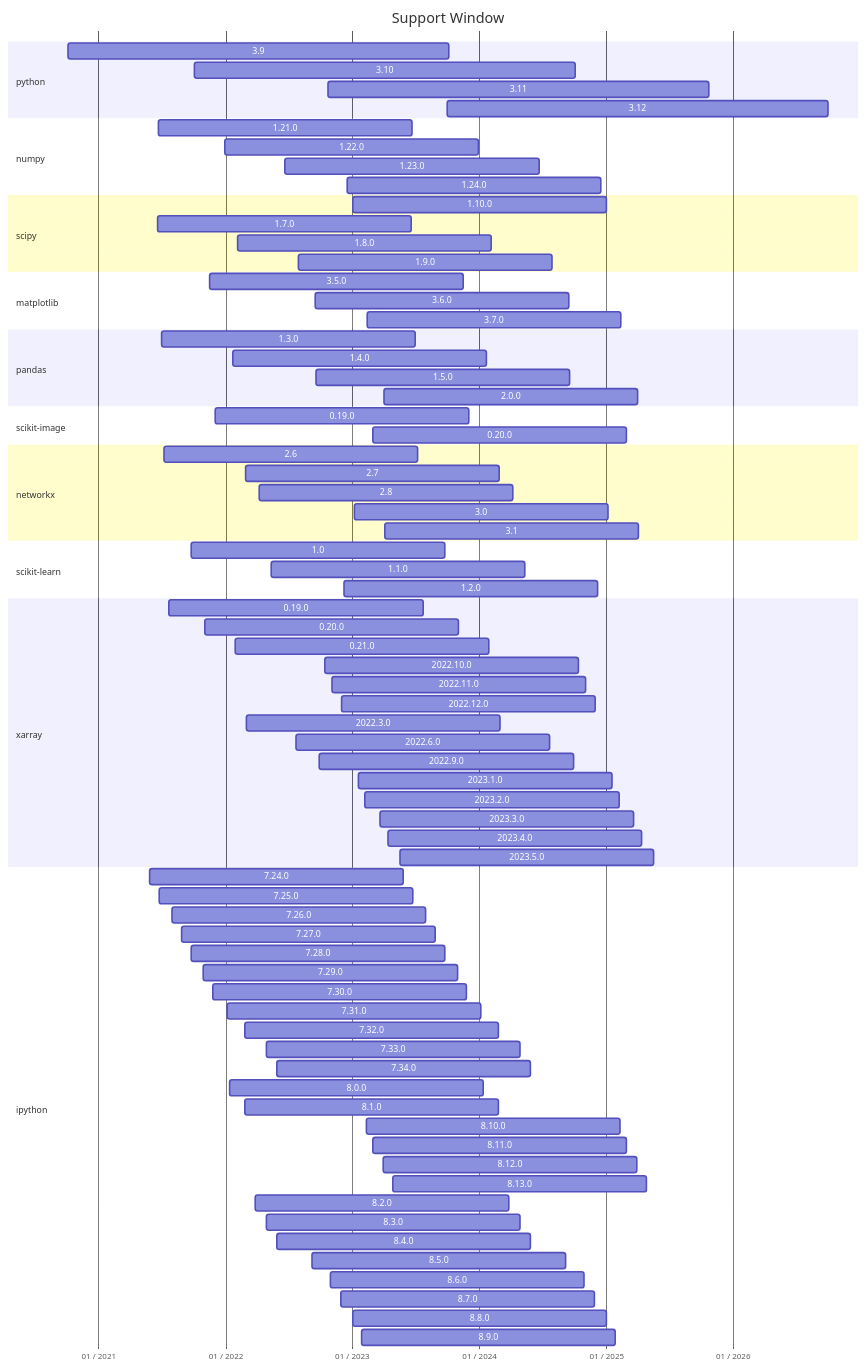
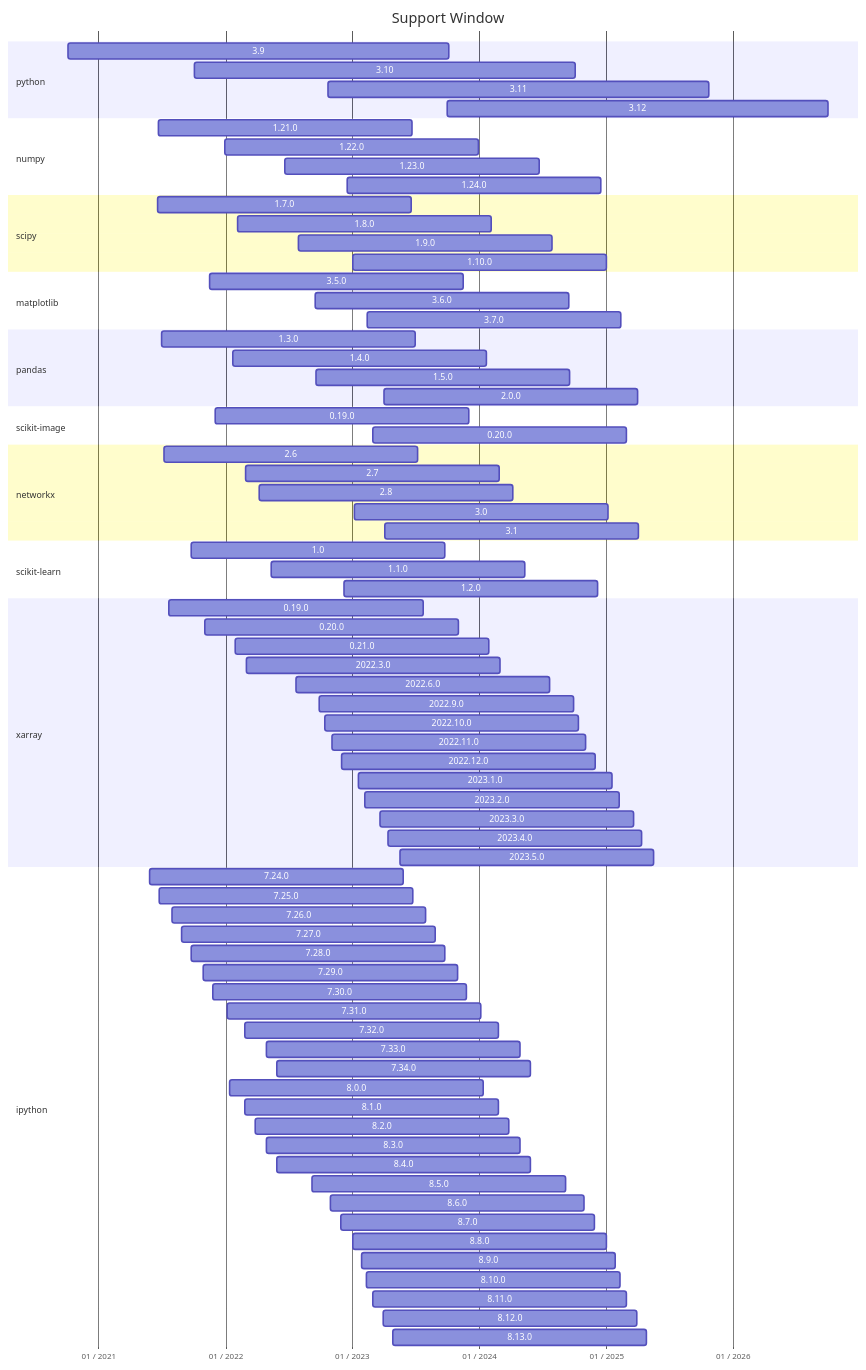
Before and after one commit to scientific-python/specs: the diagram in spec-0000/index.md, drawn with Mermaid. The commit also changed other lines of this file, not shown here.

```diff
--- a/spec-0000/index.md
+++ b/spec-0000/index.md
@@ -51,10 +51,10 @@
 1.24.0  :     2022-12-18,2024-12-17
 
 section scipy
-1.10.0  :     2023-01-03,2025-01-02
 1.7.0  :     2021-06-20,2023-06-20
 1.8.0  :     2022-02-05,2024-02-05
 1.9.0  :     2022-07-29,2024-07-28
+1.10.0  :     2023-01-03,2025-01-02
 
 section matplotlib
 3.5.0  :     2021-11-16,2023-11-16
@@ -87,12 +87,12 @@
 0.19.0  :     2021-07-23,2023-07-23
 0.20.0  :     2021-11-02,2023-11-02
 0.21.0  :     2022-01-28,2024-01-28
+2022.3.0  :     2022-03-02,2024-03-01
+2022.6.0  :     2022-07-22,2024-07-21
+2022.9.0  :     2022-09-29,2024-09-28
 2022.10.0  :     2022-10-13,2024-10-12
 2022.11.0  :     2022-11-04,2024-11-03
 2022.12.0  :     2022-12-02,2024-12-01
-2022.3.0  :     2022-03-02,2024-03-01
-2022.6.0  :     2022-07-22,2024-07-21
-2022.9.0  :     2022-09-29,2024-09-28
 2023.1.0  :     2023-01-18,2025-01-17
 2023.2.0  :     2023-02-07,2025-02-06
 2023.3.0  :     2023-03-22,2025-03-21
@@ -113,10 +113,6 @@
 7.34.0  :     2022-05-28,2024-05-27
 8.0.0  :     2022-01-12,2024-01-12
 8.1.0  :     2022-02-25,2024-02-25
-8.10.0  :     2023-02-10,2025-02-09
-8.11.0  :     2023-02-28,2025-02-27
-8.12.0  :     2023-03-30,2025-03-29
-8.13.0  :     2023-04-28,2025-04-27
 8.2.0  :     2022-03-27,2024-03-26
 8.3.0  :     2022-04-29,2024-04-28
 8.4.0  :     2022-05-28,2024-05-27
@@ -125,4 +121,8 @@
 8.7.0  :     2022-11-28,2024-11-27
 8.8.0  :     2023-01-03,2025-01-02
 8.9.0  :     2023-01-27,2025-01-26
+8.10.0  :     2023-02-10,2025-02-09
+8.11.0  :     2023-02-28,2025-02-27
+8.12.0  :     2023-03-30,2025-03-29
+8.13.0  :     2023-04-28,2025-04-27
 {{</mermaid>}}
```
